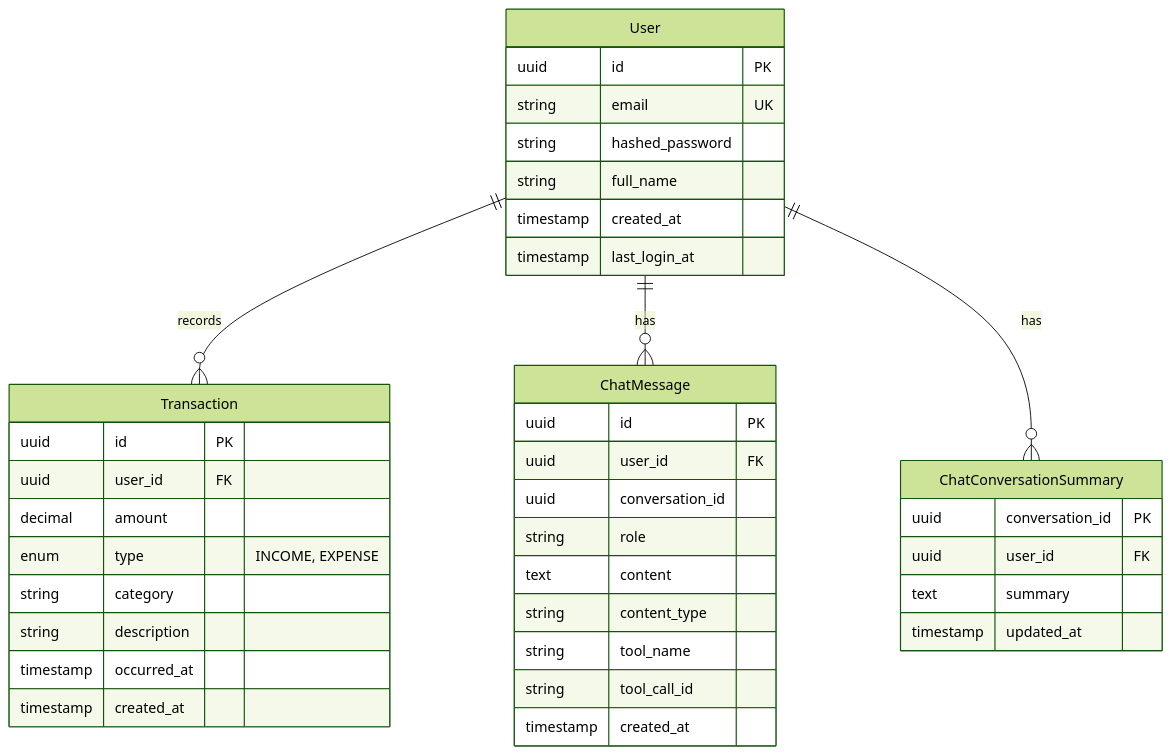
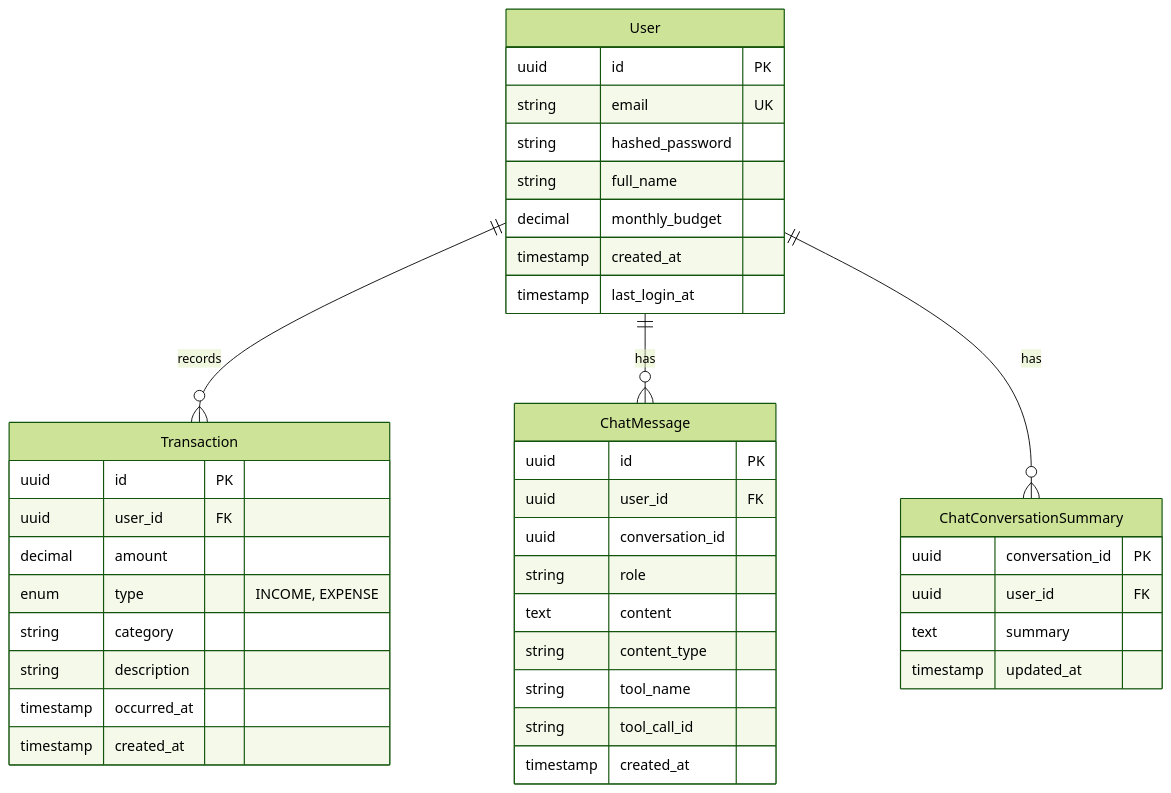
One commit to welingtoncruz/ze-finance changed the second of 2 diagrams in TECHNICAL_DOCUMENTATION.md. Above: the diagram before and after it, drawn with Mermaid (forest theme). The commit also changed other lines of this file and 79 other files, not shown here.

````diff
--- a/TECHNICAL_DOCUMENTATION.md
+++ b/TECHNICAL_DOCUMENTATION.md
@@ -94,45 +97,46 @@
 ```mermaid
 erDiagram
   User ||--o{ Transaction : "records"
   User ||--o{ ChatMessage : "has"
   User ||--o{ ChatConversationSummary : "has"
 
   User {
     uuid id PK
     string email UK
     string hashed_password
     string full_name
+    decimal monthly_budget
     timestamp created_at
     timestamp last_login_at
   }
 
   Transaction {
     uuid id PK
     uuid user_id FK
     decimal amount
     enum type "INCOME, EXPENSE"
     string category
     string description
     timestamp occurred_at
     timestamp created_at
   }
 
   ChatMessage {
     uuid id PK
     uuid user_id FK
     uuid conversation_id
     string role
     text content
     string content_type
     string tool_name
     string tool_call_id
     timestamp created_at
   }
 
   ChatConversationSummary {
     uuid conversation_id PK
     uuid user_id FK
     text summary
     timestamp updated_at
   }
 ```
````
